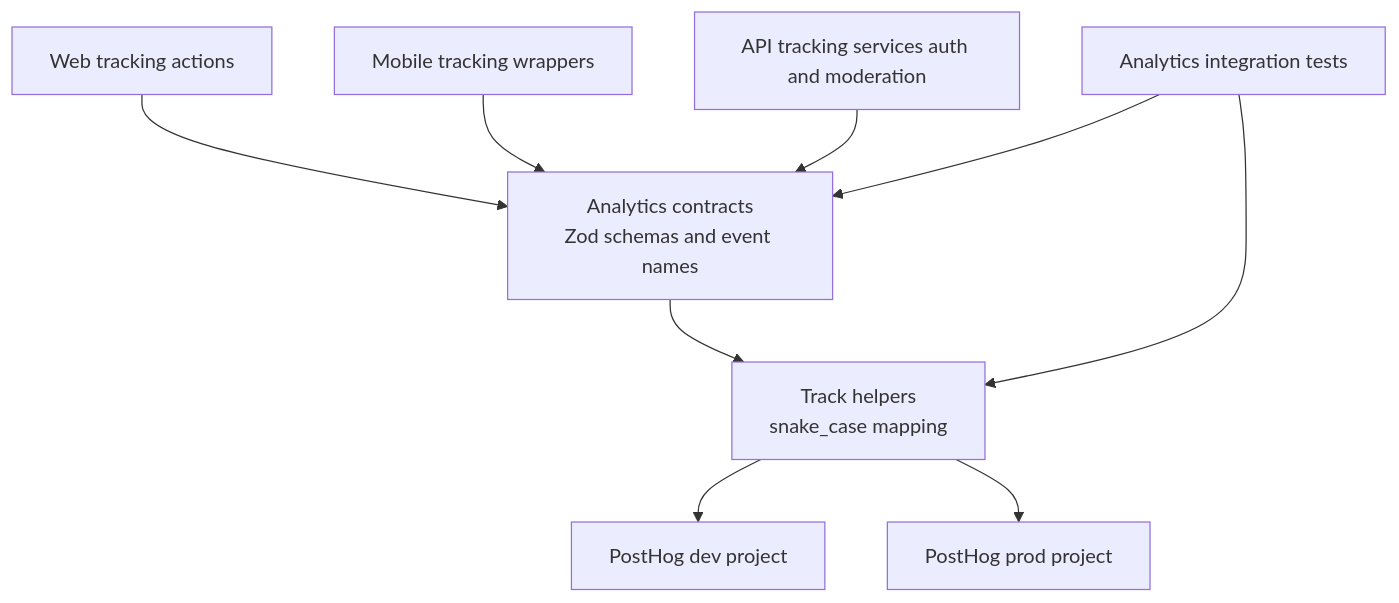
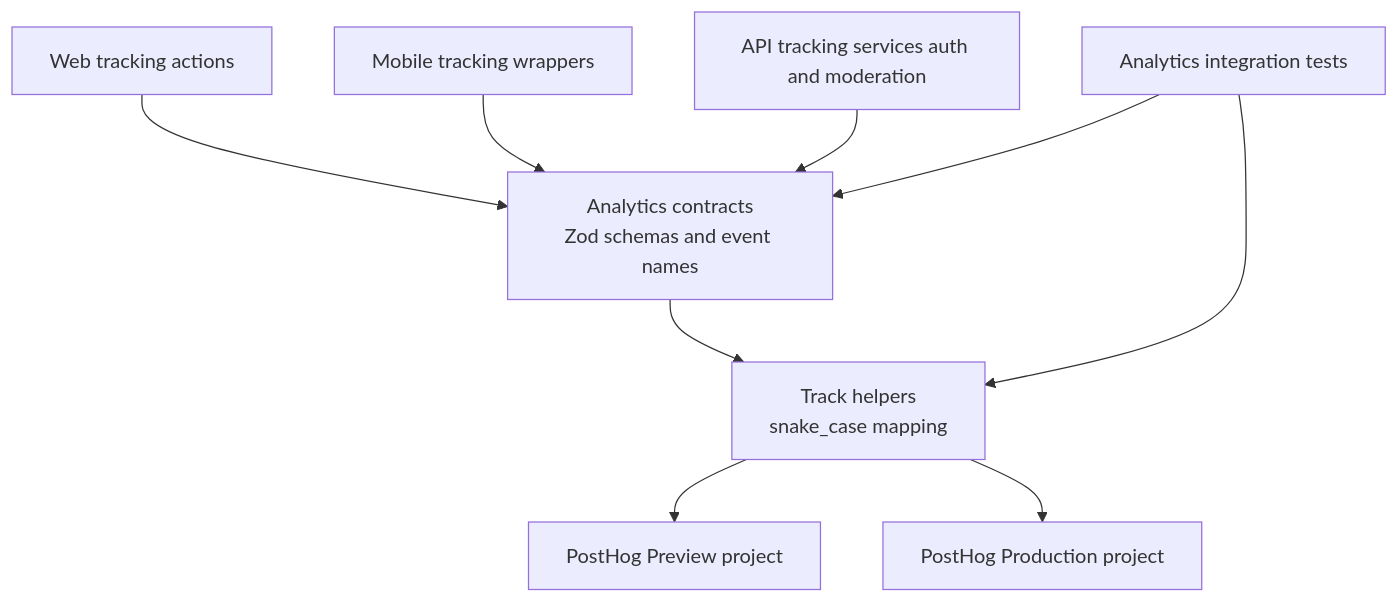
One commit to muratkeremozcan/couture-cast changed the eighth of 16 diagrams in _bmad-output/project-knowledge/learning-path-step-by-step.md. Above: the diagram before and after it, drawn with Mermaid. The commit also changed other lines of this file and 38 other files, not shown here.

````diff
--- a/_bmad-output/project-knowledge/learning-path-step-by-step.md
+++ b/_bmad-output/project-knowledge/learning-path-step-by-step.md
@@ -993,11 +991,11 @@
 ```mermaid
 flowchart TD
   web["Web tracking actions"] --> contracts["Analytics contracts\nZod schemas and event names"]
   mobile["Mobile tracking wrappers"] --> contracts
   api_services["API tracking services auth and moderation"] --> contracts
   contracts --> wrappers["Track helpers\nsnake_case mapping"]
-  wrappers --> ph_dev["PostHog dev project"]
-  wrappers --> ph_prod["PostHog prod project"]
+  wrappers --> ph_preview["PostHog Preview project"]
+  wrappers --> ph_prod["PostHog Production project"]
   tests["Analytics integration tests"] --> contracts
   tests --> wrappers
 ```
````
